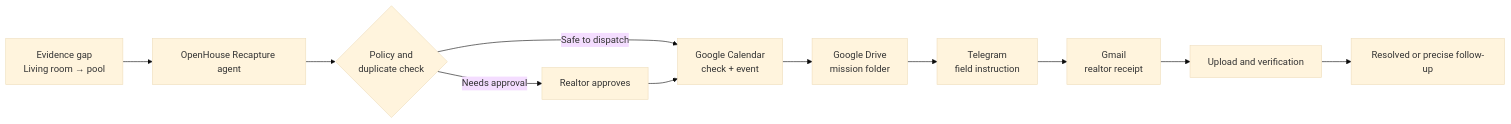
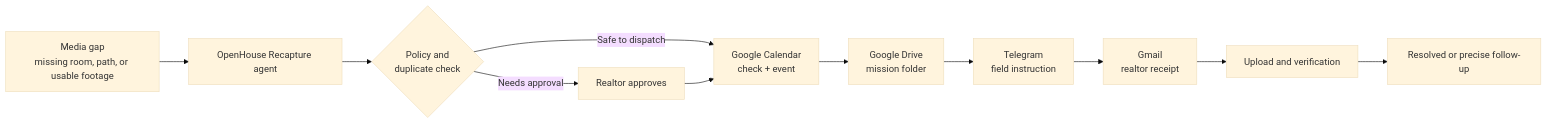
One commit to Bigestdave/OpenHouse-Recapture changed the diagram in README.md. Above: the diagram before and after it, drawn with Mermaid (base theme). The commit also changed other lines of this file and 2 other files, not shown here.

Commit message:
Refine Recapture product narrative

````diff
--- a/README.md
+++ b/README.md
@@ -12,13 +12,13 @@
 ```mermaid
 flowchart LR
-  A[Evidence gap\nLiving room → pool] --> B[OpenHouse Recapture agent]
+  A[Media gap\nmissing room, path, or usable footage] --> B[OpenHouse Recapture agent]
   B --> C{Policy and\nduplicate check}
   C -->|Needs approval| D[Realtor approves]
   C -->|Safe to dispatch| E[Google Calendar\ncheck + event]
   D --> E
   E --> F[Google Drive\nmission folder]
   F --> G[Telegram\nfield instruction]
   G --> H[Gmail\nrealtor receipt]
   H --> I[Upload and verification]
   I --> J[Resolved or precise follow-up]
 ```
````
